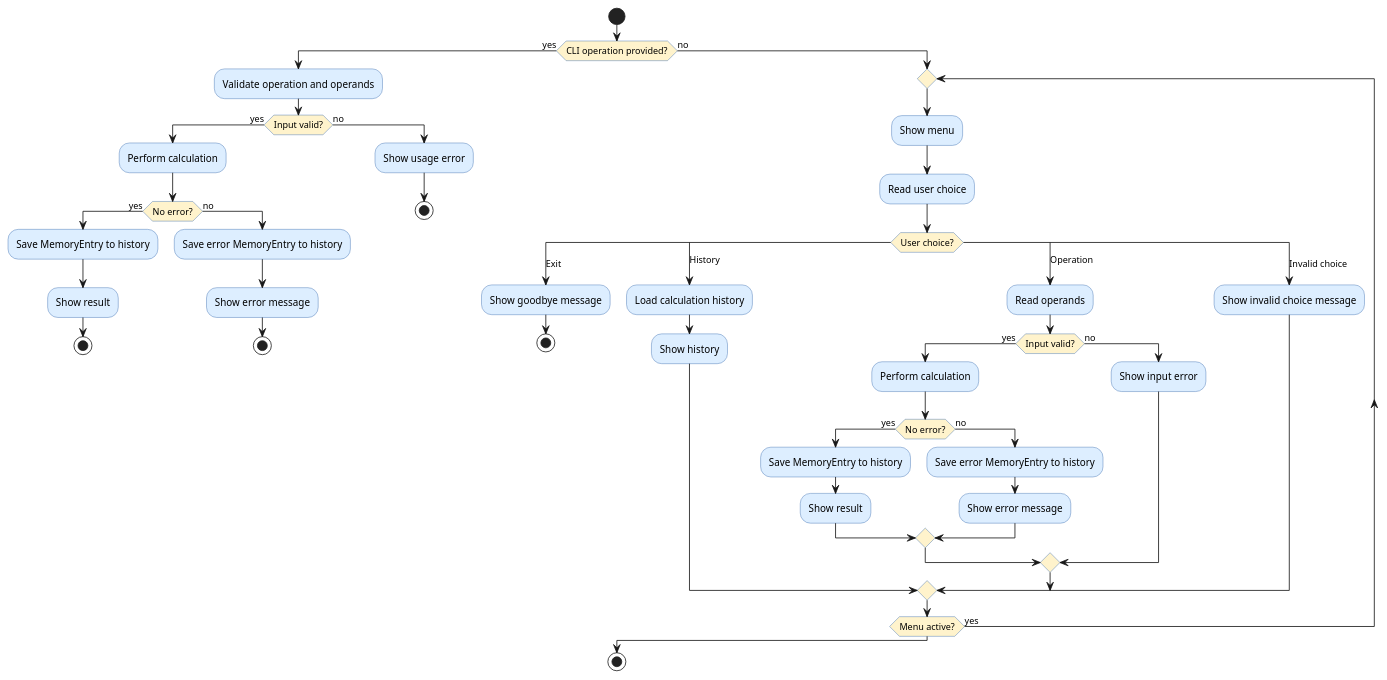
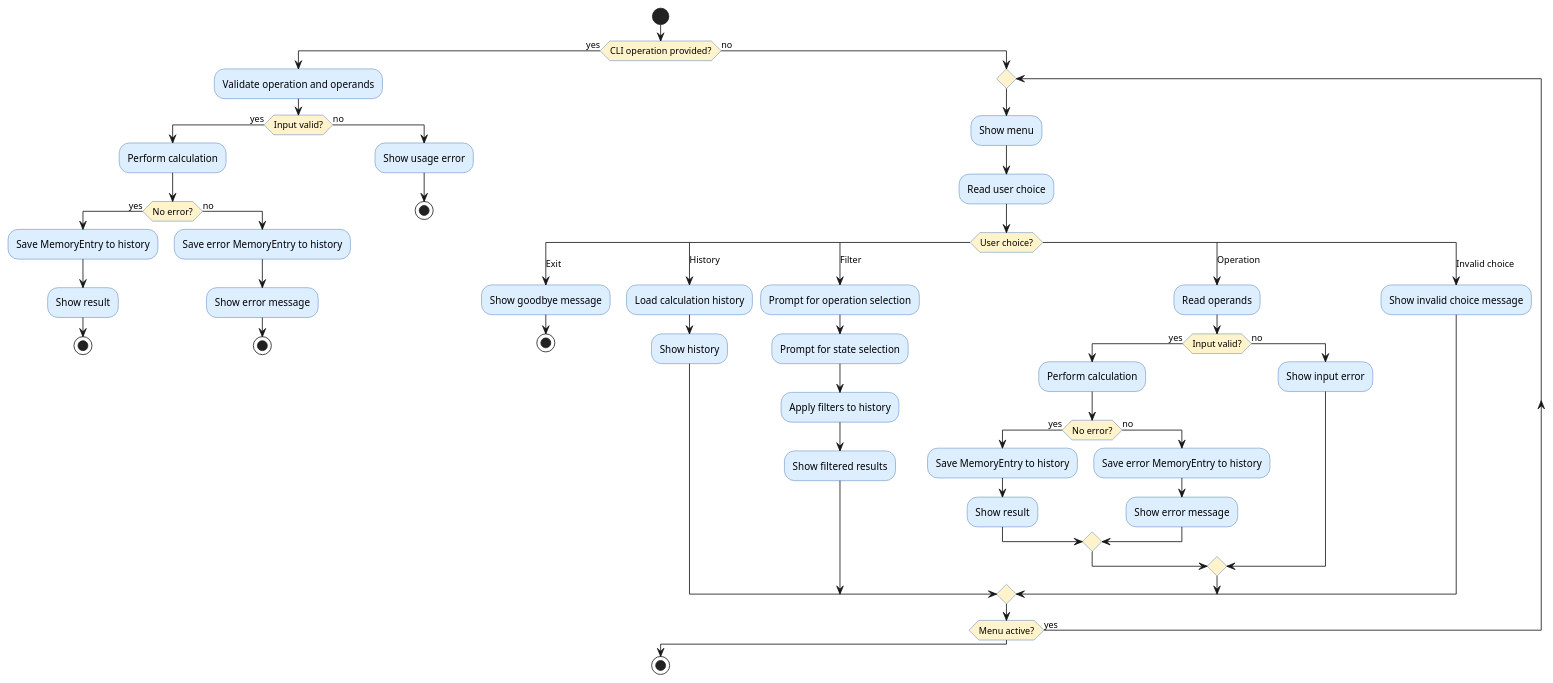
The diagram in experiments/pipeline/user_stories/calculator/artifacts/activity_diagram.puml (DanielRiha8906/Software_autoevolution_using_agents), drawn with PlantUML before and after one commit. The commit also changed 13 other files, not shown here.

```diff
--- a/experiments/pipeline/user_stories/calculator/artifacts/activity_diagram.puml
+++ b/experiments/pipeline/user_stories/calculator/artifacts/activity_diagram.puml
@@ -1,76 +1,82 @@
 @startuml activity_diagram
 
 skinparam activityBackgroundColor #DDEEFF
 skinparam activityBorderColor #3366AA
 skinparam activityDiamondBackgroundColor #FFF3CC
 
 start
 
 if (CLI operation provided?) then (yes)
 
   :Validate operation and operands;
 
   if (Input valid?) then (yes)
     :Perform calculation;
 
     if (No error?) then (yes)
       :Save MemoryEntry to history;
       :Show result;
       stop
     else (no)
       :Save error MemoryEntry to history;
       :Show error message;
       stop
     endif
 
   else (no)
     :Show usage error;
     stop
   endif
 
 else (no)
 
   repeat
     :Show menu;
     :Read user choice;
 
     switch (User choice?)
 
       case (Exit)
         :Show goodbye message;
         stop
 
       case (History)
         :Load calculation history;
         :Show history;
 
+      case (Filter)
+        :Prompt for operation selection;
+        :Prompt for state selection;
+        :Apply filters to history;
+        :Show filtered results;
+
       case (Operation)
         :Read operands;
 
         if (Input valid?) then (yes)
           :Perform calculation;
 
           if (No error?) then (yes)
             :Save MemoryEntry to history;
             :Show result;
           else (no)
             :Save error MemoryEntry to history;
             :Show error message;
           endif
 
         else (no)
           :Show input error;
         endif
 
       case (Invalid choice)
         :Show invalid choice message;
 
     endswitch
 
   repeat while (Menu active?) is (yes)
 
 endif
 
 stop
 
 @enduml
```
